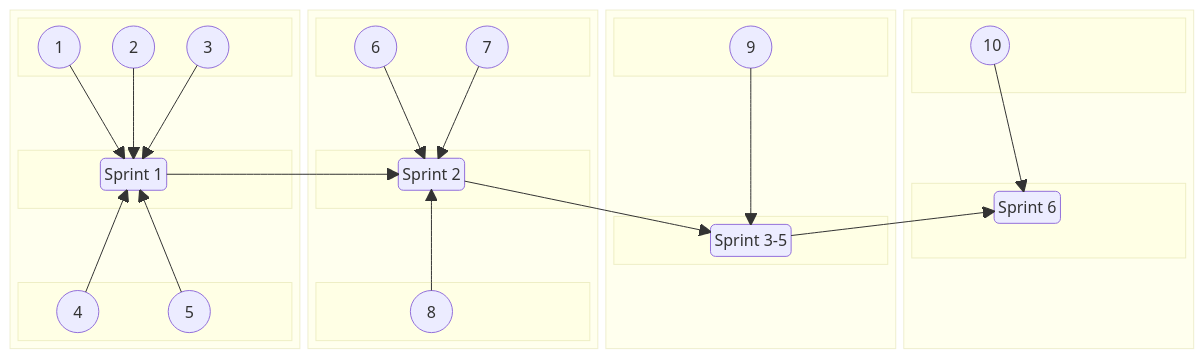
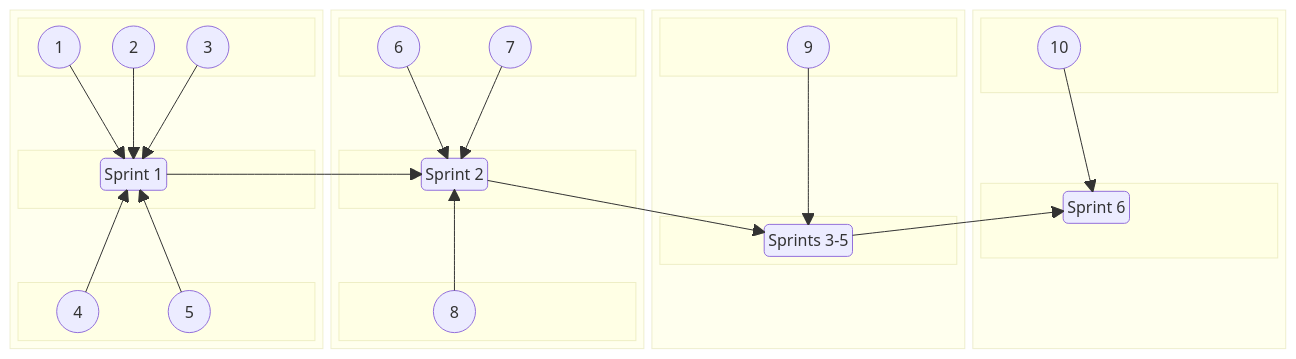
Before and after one commit to jdmedlock/mermaid_testing: the second of 2 diagrams in README.md, drawn with Mermaid.

Commit message:
Feature: Add annotations to test layout

```diff
--- a/README.md
+++ b/README.md
@@ -148,7 +148,7 @@
       block:B3CENTER
         columns 3
         space
-        SPRINTS35("Sprint 3-5")
+        SPRINTS35("Sprints 3-5")
         space
       end
       space
@@ -158,7 +158,7 @@
     block:B4:1
       columns 1
       block:B4TOP
-        A10(("&nbsp;&nbsp;10&nbsp;"))
+        A10(("&nbsp;&nbsp;10&nbsp;&nbsp;"))
       end
       space
       block:B4CENTER
```
